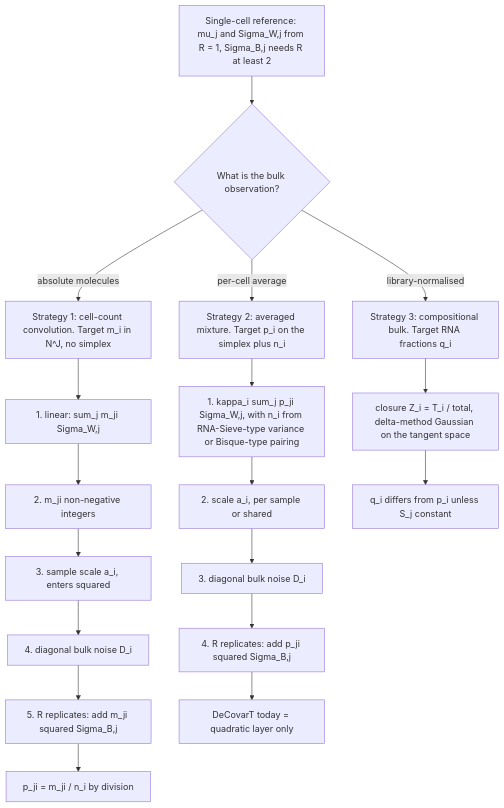
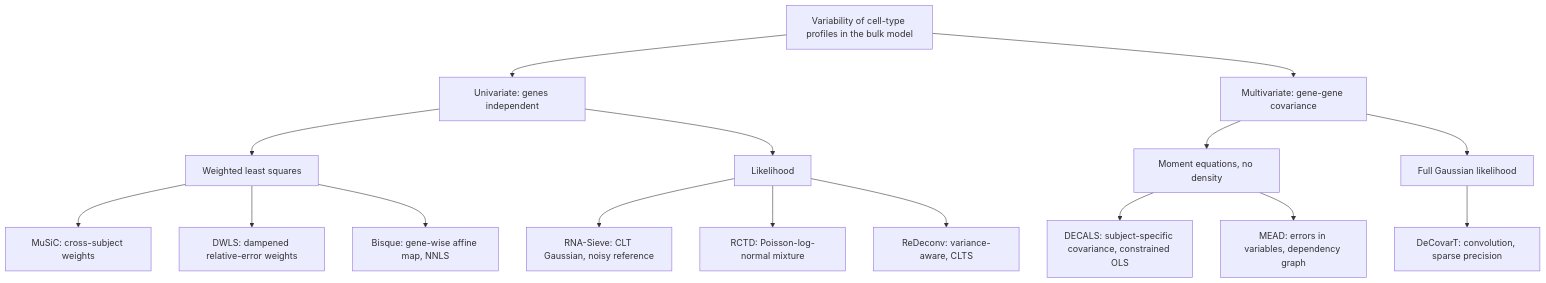
One commit to bastienchassagnol/DeCovarT changed the diagram in vignettes/theory-decovart-single-cell-bulk-alignment.qmd. Above: the diagram before and after it, drawn with Mermaid. The commit also changed other lines of this file and 54 other files, not shown here.

````diff
--- a/vignettes/theory-decovart-single-cell-bulk-alignment.qmd
+++ b/vignettes/theory-decovart-single-cell-bulk-alignment.qmd
@@ -78,23 +981,22 @@
 ```{mermaid}
-%%| label: fig-three-strategies
-%%| fig-cap: "Three generative formulations of a single-cell-referenced bulk, each with its layers of complexity. Strategy 1 keeps absolute cell counts and needs no simplex. Strategy 2 averages per cell and recovers DeCovarT's quadratic layer when biological replicates exist. Strategy 3 closes the bulk to a composition and is kept as a note."
+%%| label: fig-method-taxonomy
+%%| fig-cap: "Deconvolution methods that model cell-type variability, split by their treatment of gene-gene dependence and then by estimator. All univariate methods assume independent genes; the multivariate ones differ by whether they commit to a density."
 %%{init: {"theme": "sandstone", "flowchart": {"curve": "basis"}}}%%
 flowchart TD
-  ref["Single-cell reference: mu_j and Sigma_W,j from R = 1, Sigma_B,j needs R at least 2"] --> q{"What is the bulk observation?"}
-  q -->|"absolute molecules"| S1["Strategy 1: cell-count convolution. Target m_i in N^J, no simplex"]
-  q -->|"per-cell average"| S2["Strategy 2: averaged mixture. Target p_i on the simplex plus n_i"]
-  q -->|"library-normalised"| S3["Strategy 3: compositional bulk. Target RNA fractions q_i"]
-  S1 --> L11["1. linear: sum_j m_ji Sigma_W,j"]
-  L11 --> L12["2. m_ji non-negative integers"]
-  L12 --> L13["3. sample scale a_i, enters squared"]
-  L13 --> L14["4. diagonal bulk noise D_i"]
-  L14 --> L15["5. R replicates: add m_ji squared Sigma_B,j"]
-  L15 --> out1["p_ji = m_ji / n_i by division"]
-  S2 --> L21["1. kappa_i sum_j p_ji Sigma_W,j, with n_i from RNA-Sieve-type variance or Bisque-type pairing"]
-  L21 --> L22["2. scale a_i, per sample or shared"]
-  L22 --> L23["3. diagonal bulk noise D_i"]
-  L23 --> L24["4. R replicates: add p_ji squared Sigma_B,j"]
-  L24 --> out2["DeCovarT today = quadratic layer only"]
-  S3 --> L31["closure Z_i = T_i / total, delta-method Gaussian on the tangent space"]
-  L31 --> out3["q_i differs from p_i unless S_j constant"]
+  root["Variability of cell-type profiles in the bulk model"]
+  root --> uni["Univariate: genes independent"]
+  root --> multi["Multivariate: gene-gene covariance"]
+  uni --> ureg["Weighted least squares"]
+  uni --> ulik["Likelihood"]
+  ureg --> music["MuSiC: cross-subject weights"]
+  ureg --> dwls["DWLS: dampened relative-error weights"]
+  ureg --> bisque["Bisque: gene-wise affine map, NNLS"]
+  ulik --> sieve["RNA-Sieve: CLT Gaussian, noisy reference"]
+  ulik --> rctd["RCTD: Poisson-log-normal mixture"]
+  ulik --> redeconv["ReDeconv: variance-aware, CLTS"]
+  multi --> mmom["Moment equations, no density"]
+  multi --> mlik["Full Gaussian likelihood"]
+  mmom --> decals["DECALS: subject-specific covariance, constrained OLS"]
+  mmom --> mead["MEAD: errors in variables, dependency graph"]
+  mlik --> deco["DeCovarT: convolution, sparse precision"]
 ```
````
